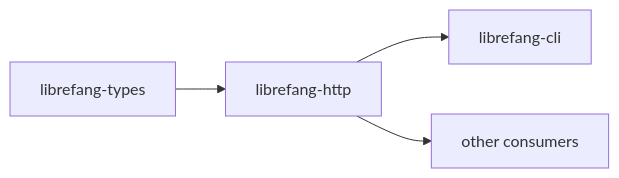
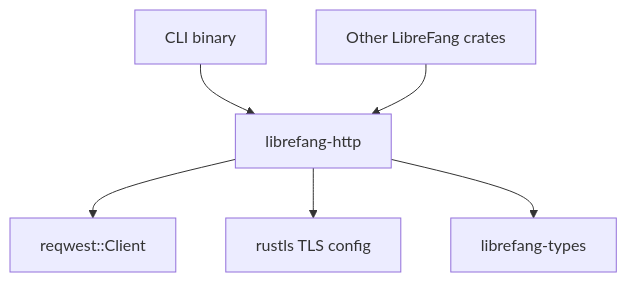
Before and after one commit to leszek3737/librefang-WIki: the diagram in other-librefang-http.md, drawn with Mermaid. The commit also changed other lines of this file and 118 other files, not shown here.

````diff
--- a/other-librefang-http.md
+++ b/other-librefang-http.md
@@ -46,6 +33,8 @@
 ```mermaid
-graph LR
-    A[librefang-types] --> B[librefang-http]
-    B --> C[librefang-cli]
-    B --> D[other consumers]
+graph TD
+    A[librefang-http] --> B[reqwest::Client]
+    A --> C[rustls TLS config]
+    A --> D[librefang-types]
+    E[CLI binary] --> A
+    F[Other LibreFang crates] --> A
 ```
````
